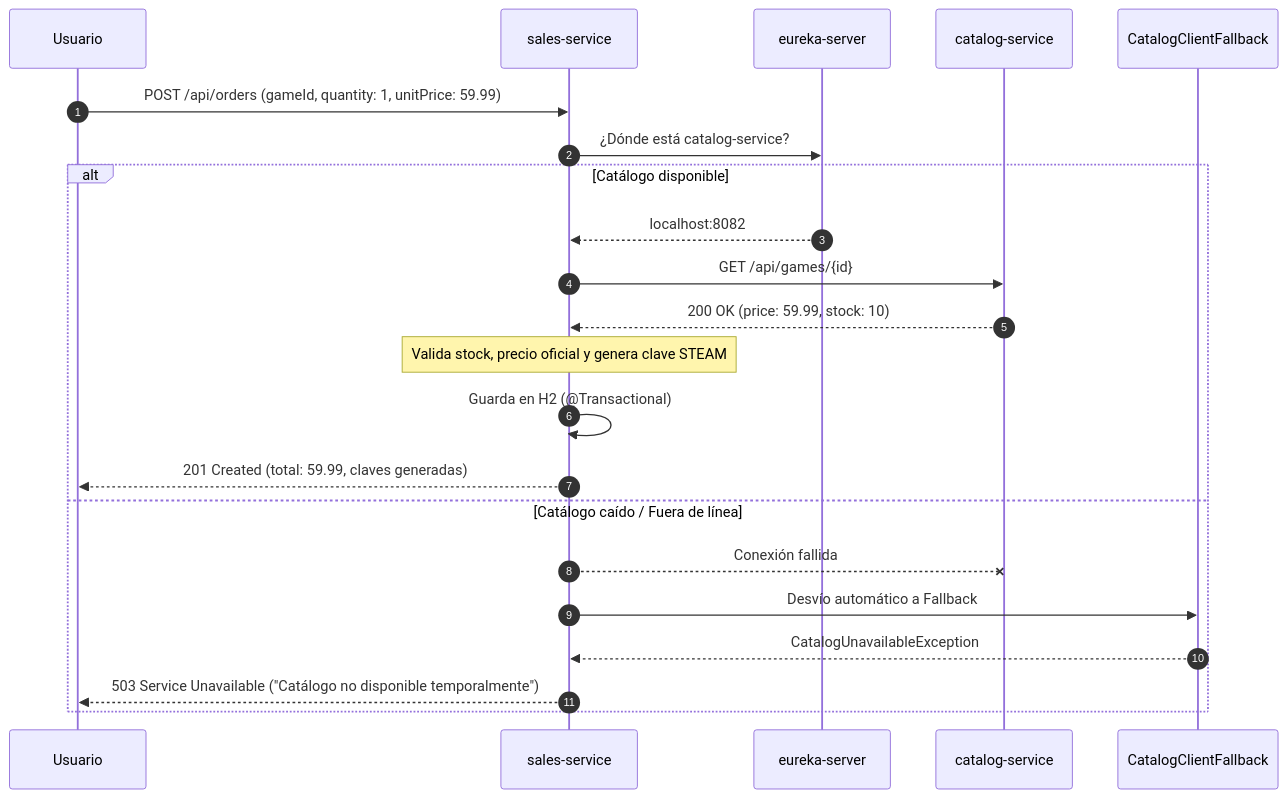
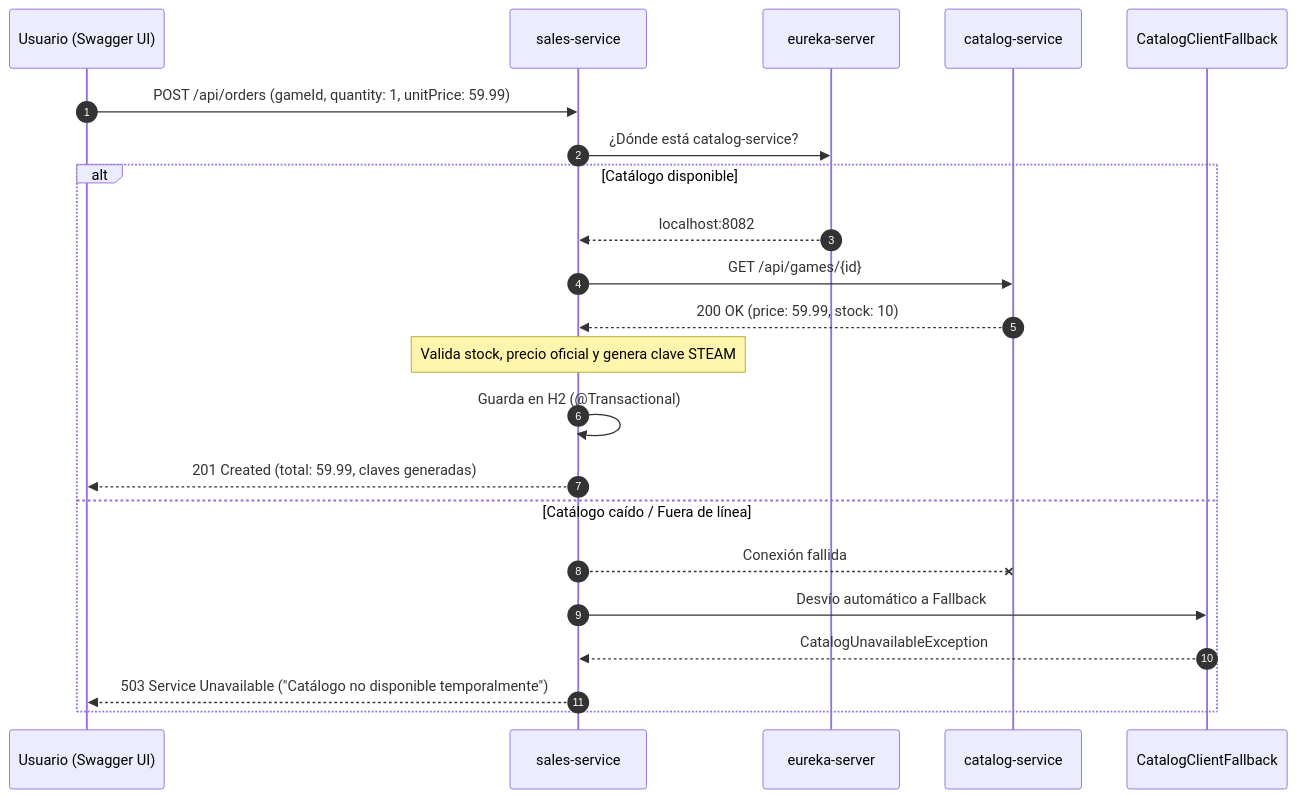
The third of 4 diagrams in README.md (Alger125/sales-service), drawn with Mermaid before and after one commit. The commit also changed other lines of this file and 3 other files, not shown here.

````diff
--- a/README.md
+++ b/README.md
@@ -159,25 +162,25 @@
 ```mermaid
 sequenceDiagram
     autonumber
-    participant U as Usuario
+    participant U as Usuario (Swagger UI)
     participant S as sales-service
     participant E as eureka-server
     participant C as catalog-service
     participant F as CatalogClientFallback
 
     U->>S: POST /api/orders (gameId, quantity: 1, unitPrice: 59.99)
     S->>E: ¿Dónde está catalog-service?
     alt Catálogo disponible
         E-->>S: localhost:8082
         S->>C: GET /api/games/{id}
         C-->>S: 200 OK (price: 59.99, stock: 10)
         Note over S: Valida stock, precio oficial y genera clave STEAM
         S->>S: Guarda en H2 (@Transactional)
         S-->>U: 201 Created (total: 59.99, claves generadas)
     else Catálogo caído / Fuera de línea
         S--x C: Conexión fallida
         S->>F: Desvío automático a Fallback
         F-->>S: CatalogUnavailableException
         S-->>U: 503 Service Unavailable ("Catálogo no disponible temporalmente")
     end
 ```
````
